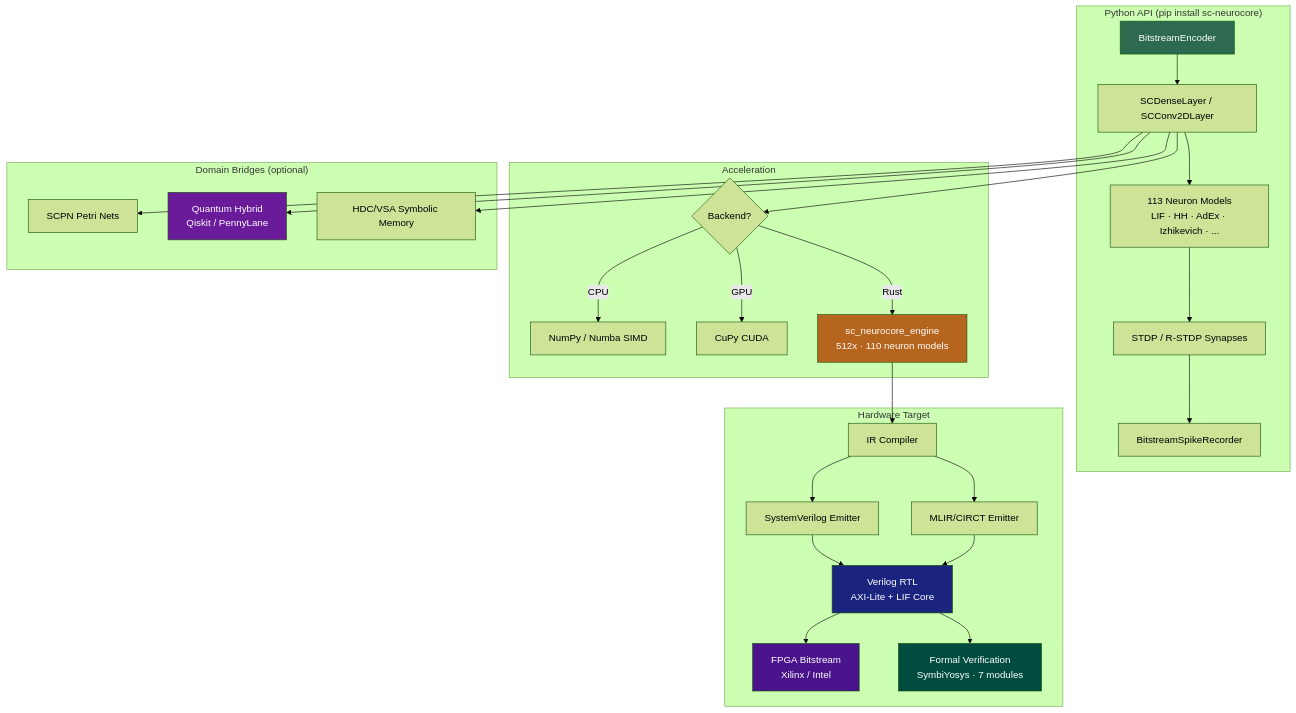
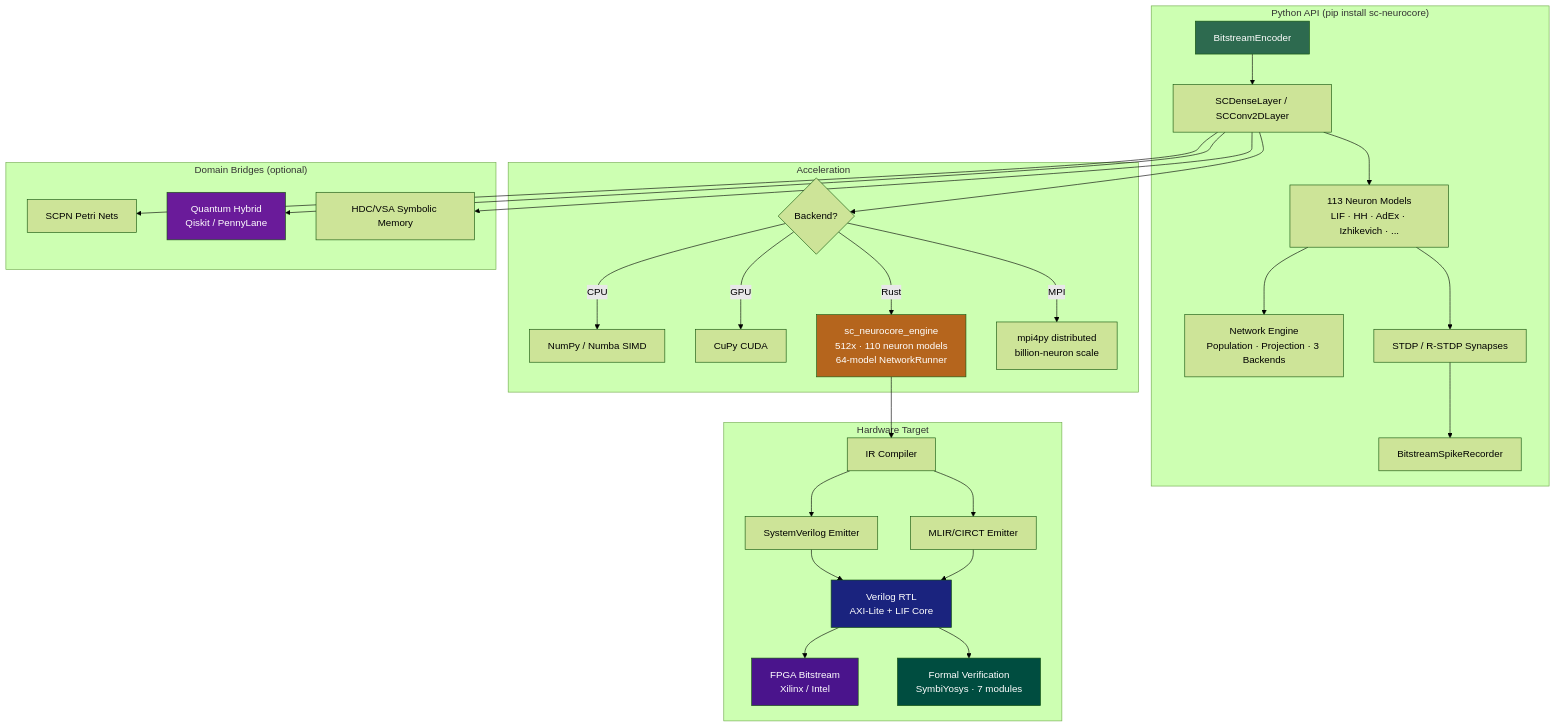
Before and after one commit to anulum/sc-neurocore: the diagram in README.md, drawn with Mermaid (forest theme). The commit also changed other lines of this file and 14 other files, not shown here.

````diff
--- a/README.md
+++ b/README.md
@@ -150,39 +190,41 @@
 ```mermaid
 graph TD
     subgraph "Python API (pip install sc-neurocore)"
         A[BitstreamEncoder] --> B[SCDenseLayer / SCConv2DLayer]
         B --> C[113 Neuron Models<br/>LIF · HH · AdEx · Izhikevich · ...]
+        C --> NET[Network Engine<br/>Population · Projection · 3 Backends]
         C --> D[STDP / R-STDP Synapses]
         D --> E[BitstreamSpikeRecorder]
     end
 
     subgraph "Acceleration"
         B --> F{Backend?}
         F -->|CPU| G[NumPy / Numba SIMD]
         F -->|GPU| H[CuPy CUDA]
-        F -->|Rust| I[sc_neurocore_engine<br/>512x · 110 neuron models]
+        F -->|Rust| I[sc_neurocore_engine<br/>512x · 110 neuron models<br/>64-model NetworkRunner]
+        F -->|MPI| MPI[mpi4py distributed<br/>billion-neuron scale]
     end
 
     subgraph "Hardware Target"
         I --> J[IR Compiler]
         J --> K[SystemVerilog Emitter]
         J --> K2[MLIR/CIRCT Emitter]
         K --> L[Verilog RTL<br/>AXI-Lite + LIF Core]
         K2 --> L
         L --> M[FPGA Bitstream<br/>Xilinx / Intel]
         L --> V[Formal Verification<br/>SymbiYosys · 7 modules]
     end
 
     subgraph "Domain Bridges (optional)"
         B --> N[SCPN Petri Nets]
         B --> O[Quantum Hybrid<br/>Qiskit / PennyLane]
         B --> P[HDC/VSA Symbolic Memory]
     end
 
     style A fill:#2d6a4f,color:#fff
     style I fill:#b5651d,color:#fff
     style L fill:#1a237e,color:#fff
     style M fill:#4a148c,color:#fff
     style O fill:#6a1b9a,color:#fff
     style V fill:#004d40,color:#fff
 ```
````
